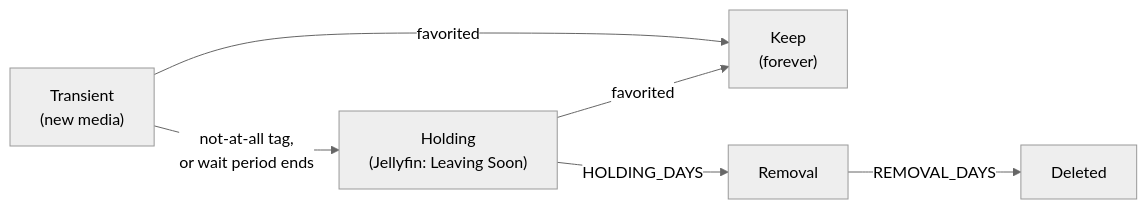
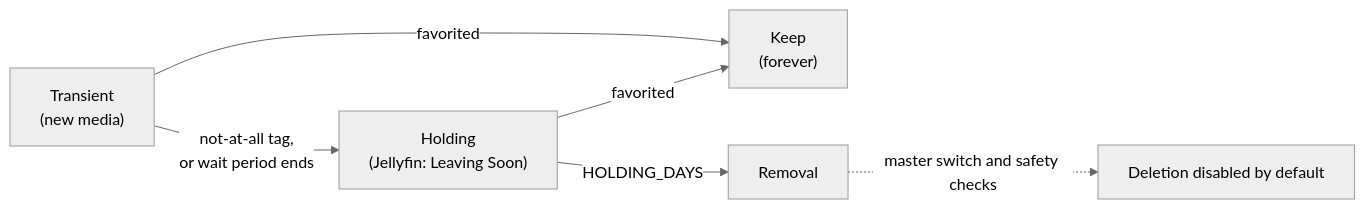
One commit to NVmagma/media_collection_auditor changed the diagram in README.md. Above: the diagram before and after it, drawn with Mermaid (neutral theme). The commit also changed other lines of this file, not shown here.

Commit message:
docs: update README for Unraid release and safety improvements

````diff
--- a/README.md
+++ b/README.md
@@ -78,8 +79,8 @@
 ```mermaid
 flowchart LR
     T["Transient<br/>(new media)"] -->|favorited| K["Keep<br/>(forever)"]
     T -->|"not-at-all tag,<br/>or wait period ends"| H["Holding<br/>(Jellyfin: Leaving Soon)"]
     H -->|favorited| K
     H -->|HOLDING_DAYS| R["Removal"]
-    R -->|REMOVAL_DAYS| D["Deleted"]
+    R -.->|"master switch and safety checks"| D["Deletion disabled by default"]
 ```
````
